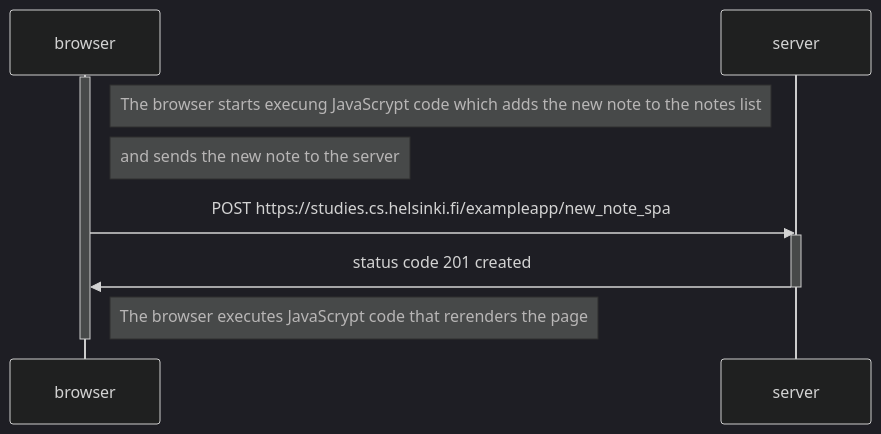
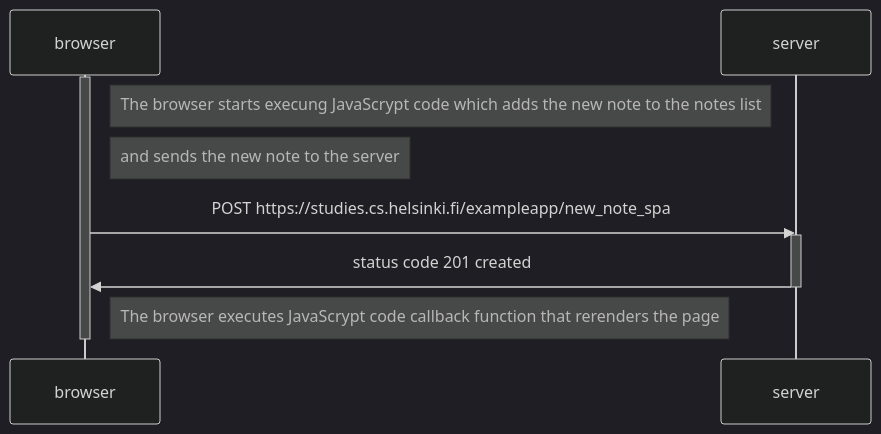
One commit to d1r0l/FSO2023-part0 changed the diagram in 0.6_New_note_on_SPA_diagram/diagram.md. Above: the diagram before and after it, drawn with Mermaid (dark theme).

Commit message:
Minor fix on 0.6 diagram

````diff
--- a/0.6_New_note_on_SPA_diagram/diagram.md
+++ b/0.6_New_note_on_SPA_diagram/diagram.md
@@ -5,15 +5,15 @@
 ```mermaid
 sequenceDiagram
     participant browser
     participant server
 
     activate browser
     Note right of browser: The browser starts execung JavaScrypt code which adds the new note to the notes list
     Note right of browser: and sends the new note to the server
     browser->>server: POST https://studies.cs.helsinki.fi/exampleapp/new_note_spa
     activate server
     server->>browser: status code 201 created
     deactivate server
-    Note right of browser: The browser executes JavaScrypt code that rerenders the page
+    Note right of browser: The browser executes JavaScrypt code callback function that rerenders the page
     deactivate browser
 ```
````
